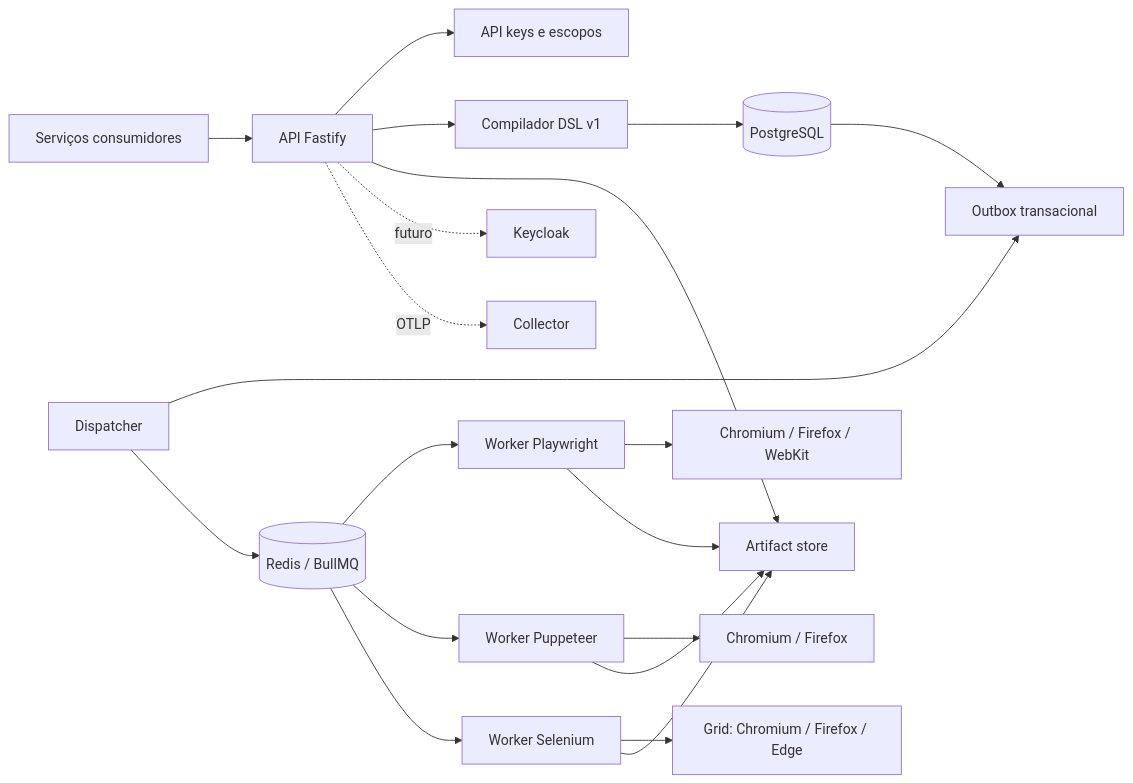
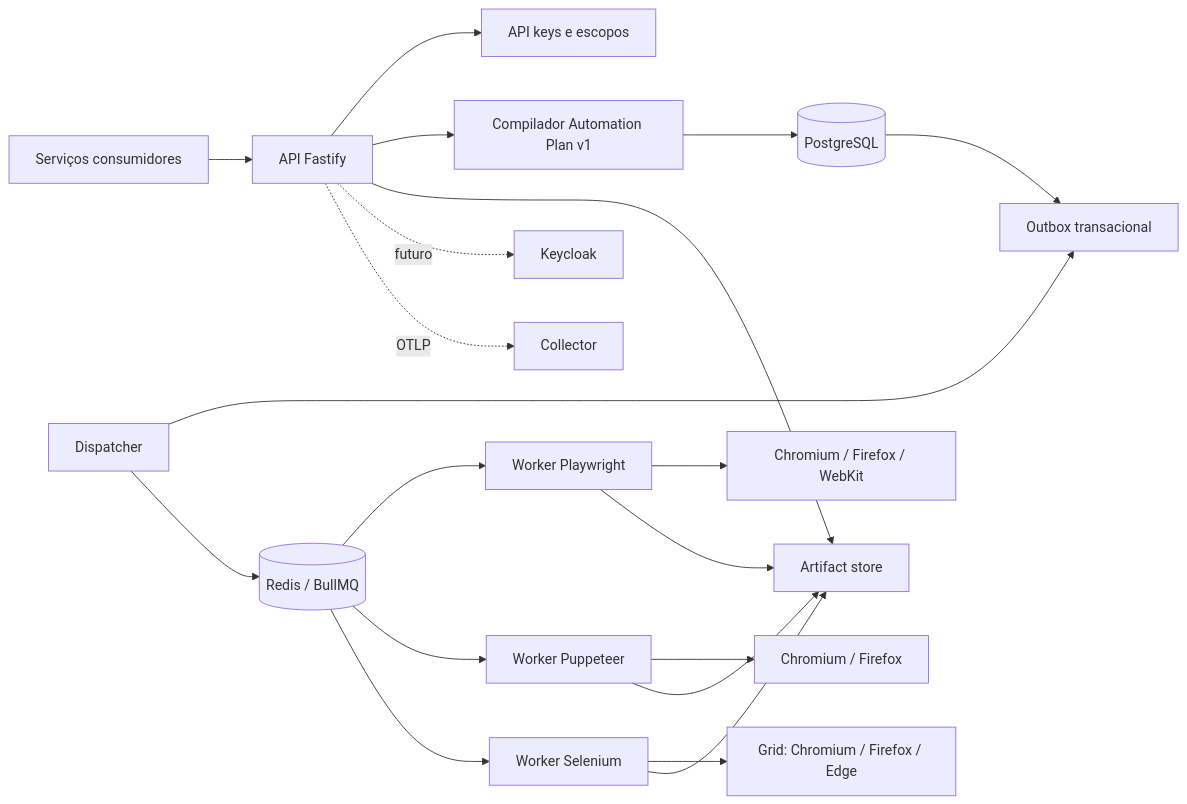
Before and after one commit to HenriqueBuzin/browser-automation-service: the diagram in docs/architecture.md, drawn with Mermaid. The commit also changed other lines of this file and 31 other files, not shown here.

````diff
--- a/docs/architecture.md
+++ b/docs/architecture.md
@@ -5,22 +5,22 @@
 ```mermaid
 flowchart LR
     C["Serviços consumidores"] --> API["API Fastify"]
     API --> AUTH["API keys e escopos"]
-    API --> COMP["Compilador DSL v1"]
+    API --> COMP["Compilador Automation Plan v1"]
     COMP --> PG[("PostgreSQL")]
     PG --> OUT["Outbox transacional"]
     DISP["Dispatcher"] --> OUT
     DISP --> REDIS[("Redis / BullMQ")]
     REDIS --> WP["Worker Playwright"]
     REDIS --> WPP["Worker Puppeteer"]
     REDIS --> WS["Worker Selenium"]
     WP --> B1["Chromium / Firefox / WebKit"]
     WPP --> B2["Chromium / Firefox"]
     WS --> GRID["Grid: Chromium / Firefox / Edge"]
     WP --> ART["Artifact store"]
     WPP --> ART
     WS --> ART
     API --> ART
     API -. "futuro" .-> KC["Keycloak"]
     API -. "OTLP" .-> OBS["Collector"]
 ```
````
